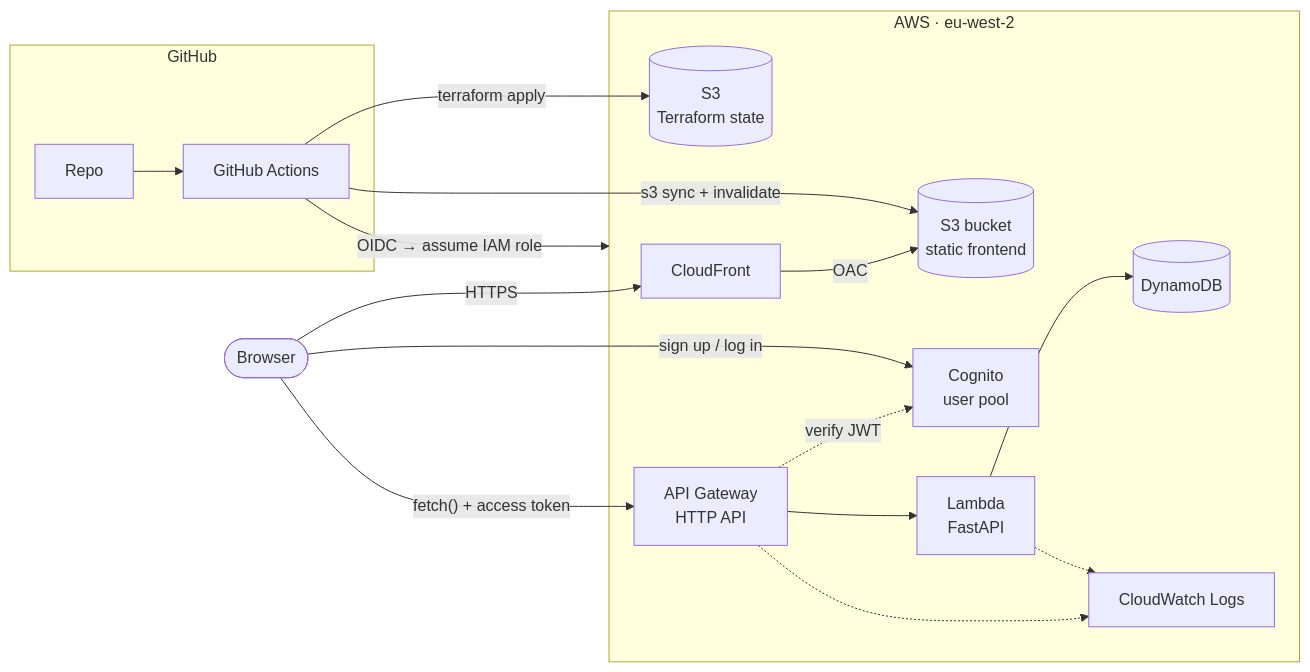
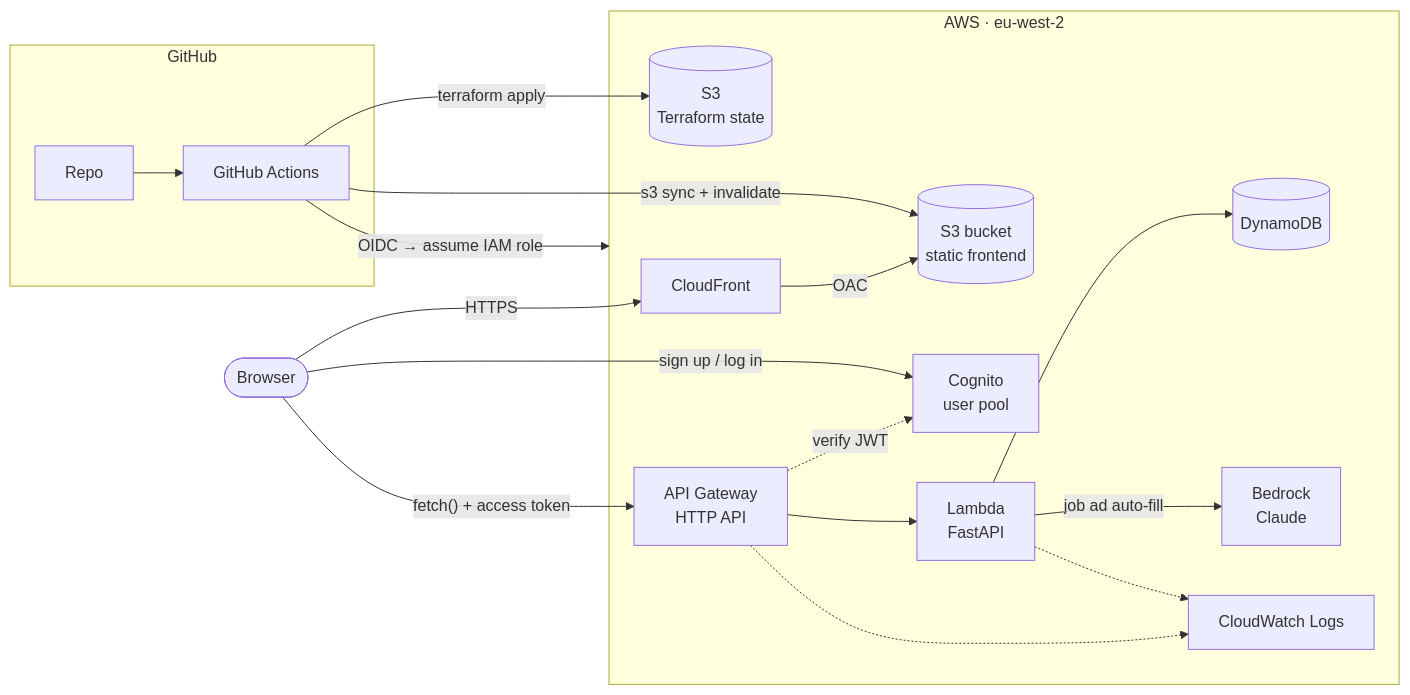
Before and after one commit to Zackary142/job-application-tracker: the diagram in README.md, drawn with Mermaid. The commit also changed other lines of this file and 11 other files, not shown here.

First line of the commit message:
paste a job ad and auto-fill the form

````diff
--- a/README.md
+++ b/README.md
@@ -13,33 +13,35 @@
 ```mermaid
 flowchart LR
     user([Browser])
 
     subgraph aws [AWS · eu-west-2]
         cf[CloudFront]
         s3[(S3 bucket<br/>static frontend)]
         apigw[API Gateway<br/>HTTP API]
         lambda[Lambda<br/>FastAPI]
         ddb[(DynamoDB)]
         cognito[Cognito<br/>user pool]
+        bedrock[Bedrock<br/>Claude]
         cw[CloudWatch Logs]
         state[(S3<br/>Terraform state)]
     end
 
     subgraph gh [GitHub]
         repo[Repo] --> actions[GitHub Actions]
     end
 
     user -- HTTPS --> cf
     cf -- OAC --> s3
     user -- "sign up / log in" --> cognito
     user -- "fetch() + access token" --> apigw
     apigw -. "verify JWT" .-> cognito
     apigw --> lambda
     lambda --> ddb
+    lambda -- "job ad auto-fill" --> bedrock
     lambda -.-> cw
     apigw -.-> cw
 
     actions -- "OIDC → assume IAM role" --> aws
     actions -- terraform apply --> state
     actions -- "s3 sync + invalidate" --> s3
 ```
````
